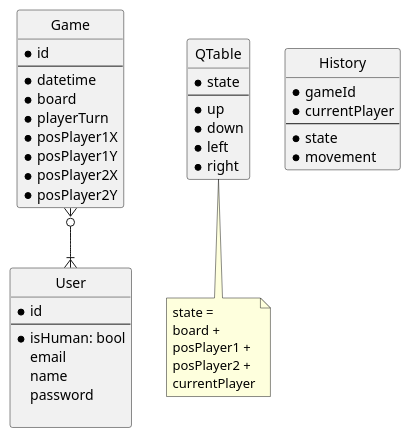
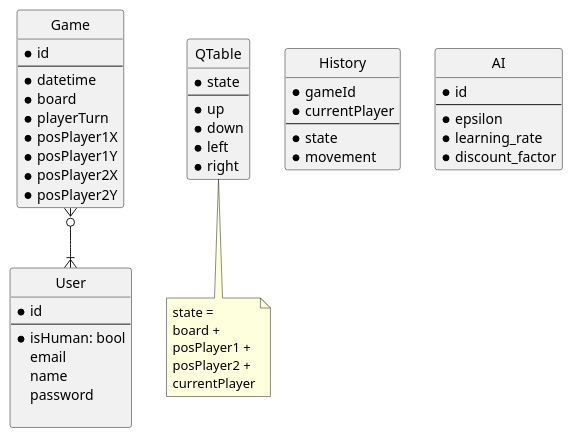
Before and after one commit to vsantele/IG3-projet-ia: the diagram in schema/DB.puml, drawn with PlantUML. The commit also changed 3 other files, not shown here.

```diff
--- a/schema/DB.puml
+++ b/schema/DB.puml
@@ -1,66 +1,74 @@
 @startuml database
 
 hide circle
 
 entity Game{
     *id
     --
     *datetime
     *board
     *playerTurn
     *posPlayer1X
     *posPlayer1Y
     *posPlayer2X
     *posPlayer2Y
 }
 
 
 entity User{
     *id
     --
     *isHuman: bool
     email
     name
     password
 
 }
 
 entity QTable {
     *state
     --
     *up
     *down
     *left
     *right
 }
 note bottom
 state =
 board +
 posPlayer1 +
 posPlayer2 +
 currentPlayer
 end note
 
 entity History {
     *gameId
     *currentPlayer
     --
     *state
     *movement
 }
 
+entity AI {
+    *id
+    --
+    *epsilon
+    *learning_rate
+    *discount_factor
+}
+
 
 Game }o--|{ User
 ' note left
 ' à voir si on garde le
 ' Many To Many
 ' pour les relations
 ' --
 ' joachim :
 ' oui puisqu'on aura toujours
 ' soit 2 joueurs l'un contre l'autre -> 2
 ' soit 1 joueur contre ia -> 1
 ' soit 2 ia -> 0
 ' end note
 
 @enduml
```
